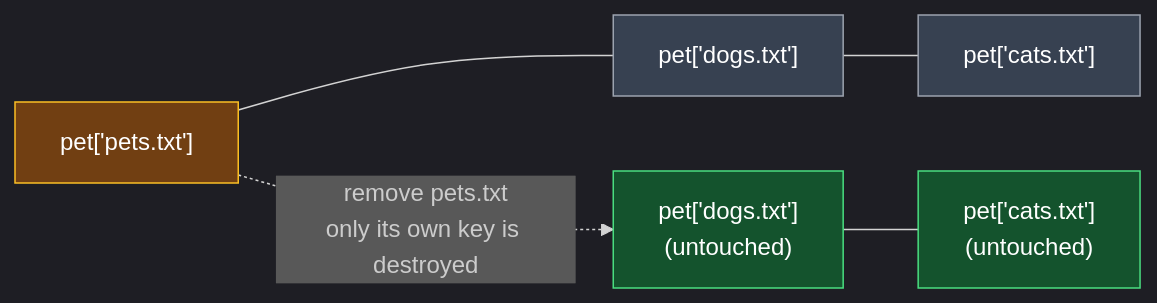
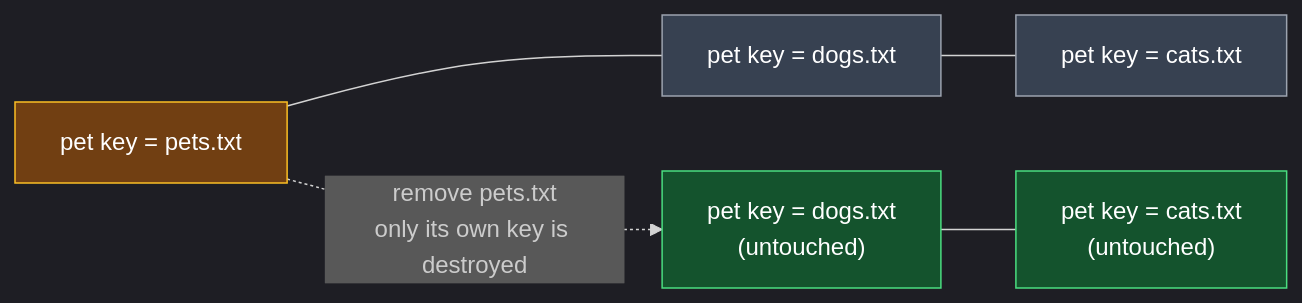
One commit to nirajp82/Terraform_Basics changed the second of 2 diagrams in 06_WorkingWithTerraForm/05_MetaArguments.md. Above: the diagram before and after it, drawn with Mermaid.

Commit message:
Remove quote characters from Mermaid node labels (still broke GitHub renderer)

````diff
--- a/06_WorkingWithTerraForm/05_MetaArguments.md
+++ b/06_WorkingWithTerraForm/05_MetaArguments.md
@@ -273,13 +273,13 @@
 ```mermaid
 %%{init: {'theme': 'dark', 'flowchart': {'htmlLabels': true}}}%%
 flowchart LR
-    M0["pet['pets.txt']"] --- M1["pet['dogs.txt']"] --- M2["pet['cats.txt']"]
-    N1["pet['dogs.txt']<br>(untouched)"] --- N2["pet['cats.txt']<br>(untouched)"]
+    M0["pet key = pets.txt"] --- M1["pet key = dogs.txt"] --- M2["pet key = cats.txt"]
+    N1["pet key = dogs.txt<br>(untouched)"] --- N2["pet key = cats.txt<br>(untouched)"]
     M0 -.->|"remove pets.txt<br>only its own key is destroyed"| N1
 
     style M0 fill:#713f12,stroke:#fbbf24,color:#ffffff
     style M1 fill:#374151,stroke:#9ca3af,color:#ffffff
     style M2 fill:#374151,stroke:#9ca3af,color:#ffffff
     style N1 fill:#14532d,stroke:#4ade80,color:#ffffff
     style N2 fill:#14532d,stroke:#4ade80,color:#ffffff
 ```
````
